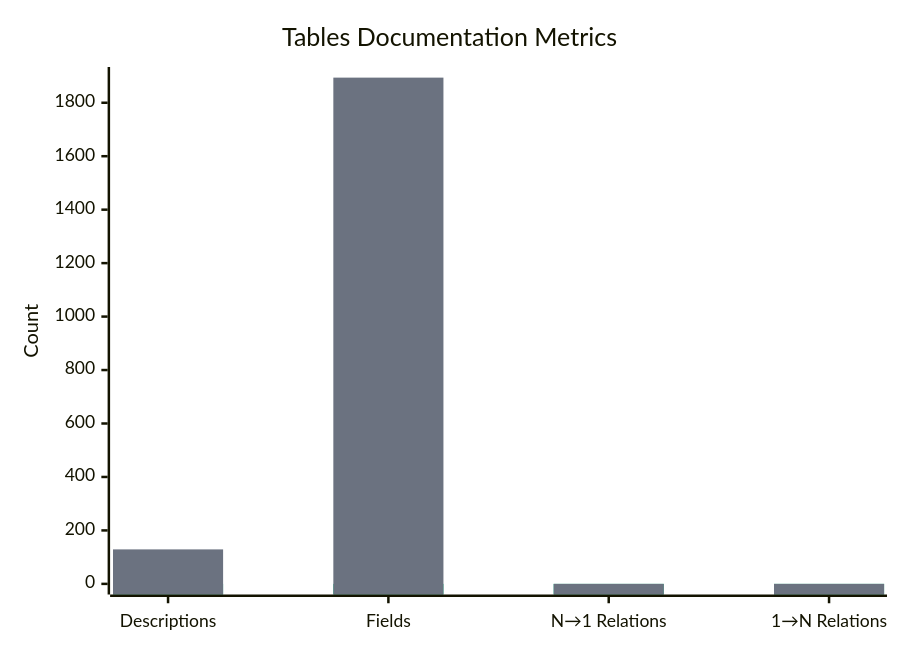
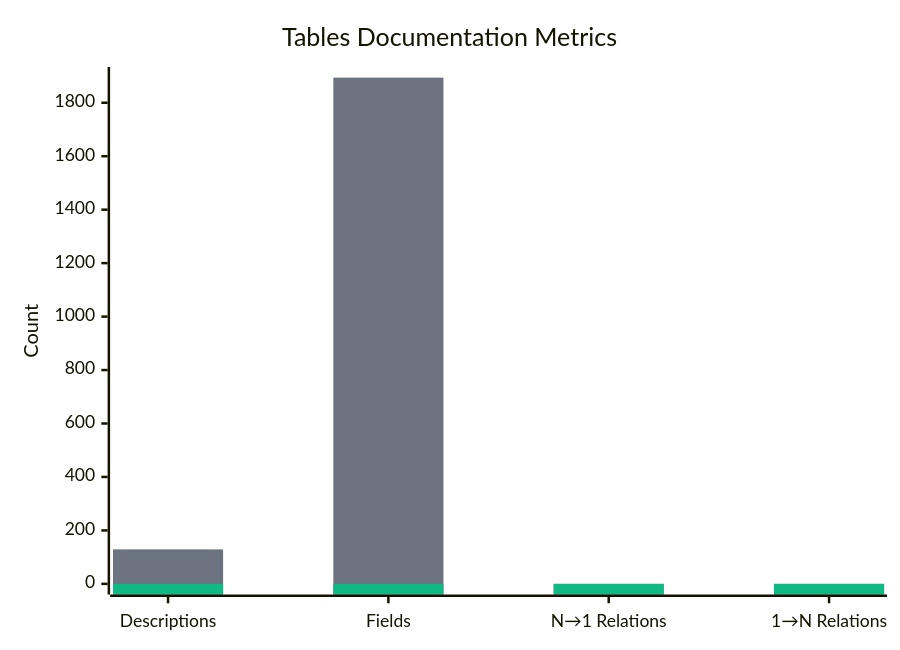
Before and after one commit to synthotec/synthotec.github.io: the fourth of 4 diagrams in Documentation/SynthoTec-4D/Overview.md, drawn with Mermaid. The commit also changed other lines of this file, not shown here.

First line of the commit message:
Update documentation metrics and chart order

````diff
--- a/Documentation/SynthoTec-4D/Overview.md
+++ b/Documentation/SynthoTec-4D/Overview.md
@@ -58,9 +58,9 @@
 ```mermaid
-%%{init: {'theme':'base', 'themeVariables': {'xyChart': {'backgroundColor': 'transparent', 'plotColorPalette': '#10b981, #6b7280'}}}}%%
+%%{init: {'theme':'base', 'themeVariables': {'xyChart': {'backgroundColor': 'transparent', 'plotColorPalette': '#6b7280, #10b981'}}}}%%
 xychart-beta
     title "Tables Documentation Metrics"
     x-axis ["Descriptions", "Fields", "N→1 Relations", "1→N Relations"]
     y-axis "Count" 0 --> 1894
+    bar [129, 1894, 0, 0]
     bar [0, 0, 0, 0]
-    bar [129, 1894, 0, 0]
 ```
````
